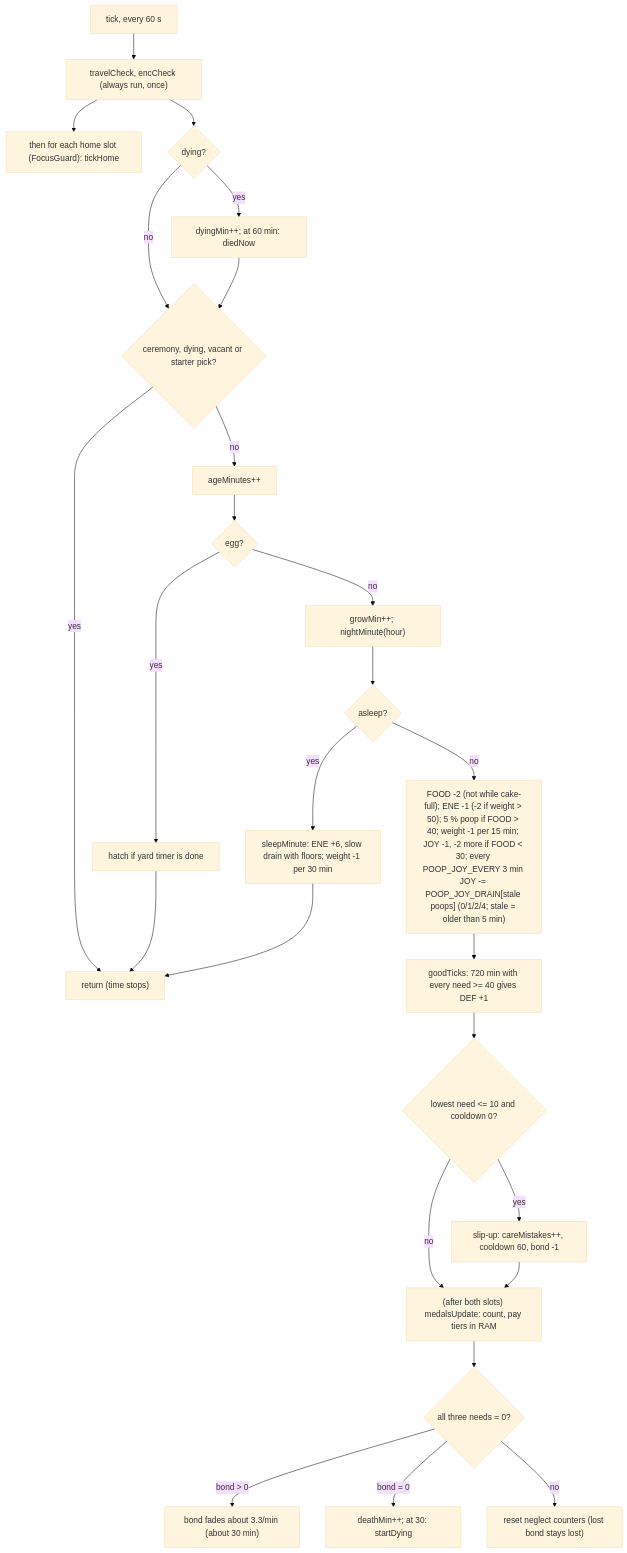
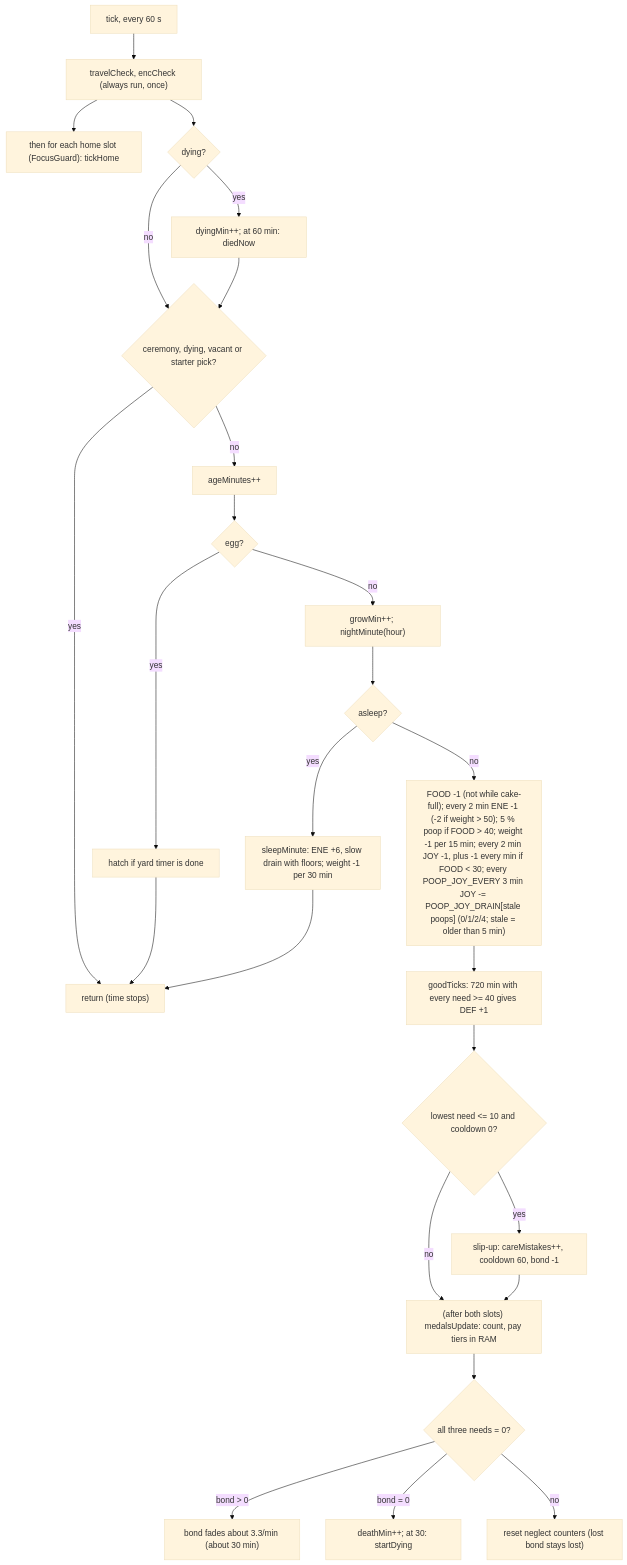
The fourth of 11 diagrams in docs/GAME_LOGIC.md (Ale-Cuevas/TamaPoke), drawn with Mermaid (base theme) before and after one commit. The commit also changed other lines of this file and 4 other files, not shown here.

````diff
--- a/docs/GAME_LOGIC.md
+++ b/docs/GAME_LOGIC.md
@@ -401,26 +402,26 @@
 ```mermaid
 flowchart TD
   A["tick, every 60 s"] --> B["travelCheck, encCheck (always run, once)"]
   B --> B2["then for each home slot (FocusGuard): tickHome"]
   B --> C{"dying?"}
   C -- yes --> C1["dyingMin++; at 60 min: diedNow"]
   C -- no --> D
   C1 --> D{"ceremony, dying, vacant or starter pick?"}
   D -- yes --> Z["return (time stops)"]
   D -- no --> E["ageMinutes++"]
   E --> F{"egg?"}
   F -- yes --> F1["hatch if yard timer is done"] --> Z
   F -- no --> G["growMin++; nightMinute(hour)"]
   G --> H{"asleep?"}
   H -- yes --> H1["sleepMinute: ENE +6, slow drain with floors; weight -1 per 30 min"] --> Z
-  H -- no --> I["FOOD -2 (not while cake-full); ENE -1 (-2 if weight > 50); 5 % poop if FOOD > 40; weight -1 per 15 min; JOY -1, -2 more if FOOD < 30; every POOP_JOY_EVERY 3 min JOY -= POOP_JOY_DRAIN[stale poops] (0/1/2/4; stale = older than 5 min)"]
+  H -- no --> I["FOOD -1 (not while cake-full); every 2 min ENE -1 (-2 if weight > 50); 5 % poop if FOOD > 40; weight -1 per 15 min; every 2 min JOY -1, plus -1 every min if FOOD < 30; every POOP_JOY_EVERY 3 min JOY -= POOP_JOY_DRAIN[stale poops] (0/1/2/4; stale = older than 5 min)"]
   I --> J["goodTicks: 720 min with every need >= 40 gives DEF +1"]
   J --> K{"lowest need <= 10 and cooldown 0?"}
   K -- yes --> K1["slip-up: careMistakes++, cooldown 60, bond -1"]
   K -- no --> L
   K1 --> L["(after both slots) medalsUpdate: count, pay tiers in RAM"]
   L --> M{"all three needs = 0?"}
   M -- "bond > 0" --> M1["bond fades about 3.3/min (about 30 min)"]
   M -- "bond = 0" --> M2["deathMin++; at 30: startDying"]
   M -- no --> M3["reset neglect counters (lost bond stays lost)"]
 ```
````
